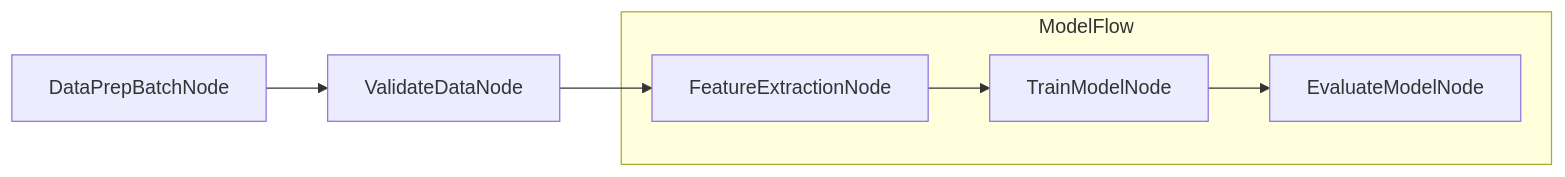
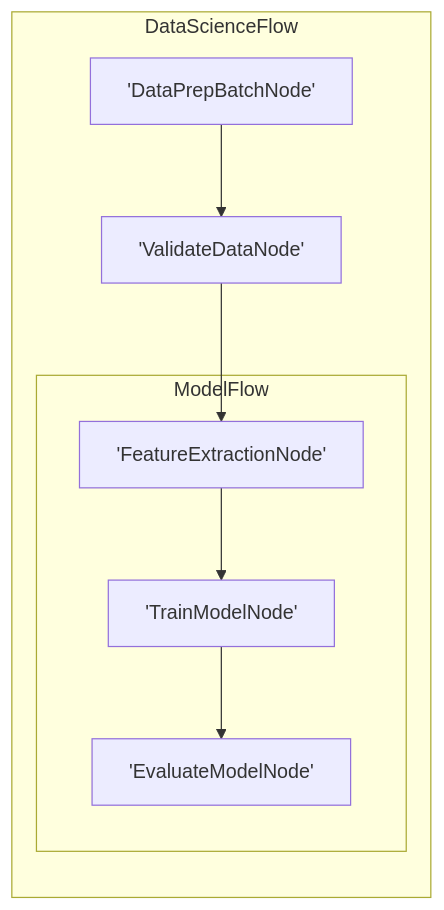
The diagram in docs/viz.md (yuwei2010/PocketFlow), drawn with Mermaid before and after one commit. The commit also changed other lines of this file and 1 other file, not shown here.

````diff
--- a/docs/viz.md
+++ b/docs/viz.md
@@ -71,15 +73,18 @@
 ```mermaid
 graph LR
-    N1["DataPrepBatchNode"]
-    N2["ValidateDataNode"]
-    N1 --> N2
+    subgraph sub_flow_N1[DataScienceFlow]
+    N2['DataPrepBatchNode']
+    N3['ValidateDataNode']
     N2 --> N3
+    N3 --> N4
 
-    subgraph sub_flow_N4[ModelFlow]
-    N3["FeatureExtractionNode"]
-    N5["TrainModelNode"]
-    N3 --> N5
-    N6["EvaluateModelNode"]
-    N5 --> N6
+    subgraph sub_flow_N5[ModelFlow]
+    N4['FeatureExtractionNode']
+    N6['TrainModelNode']
+    N4 --> N6
+    N7['EvaluateModelNode']
+    N6 --> N7
+    end
+
     end
 ```
````
